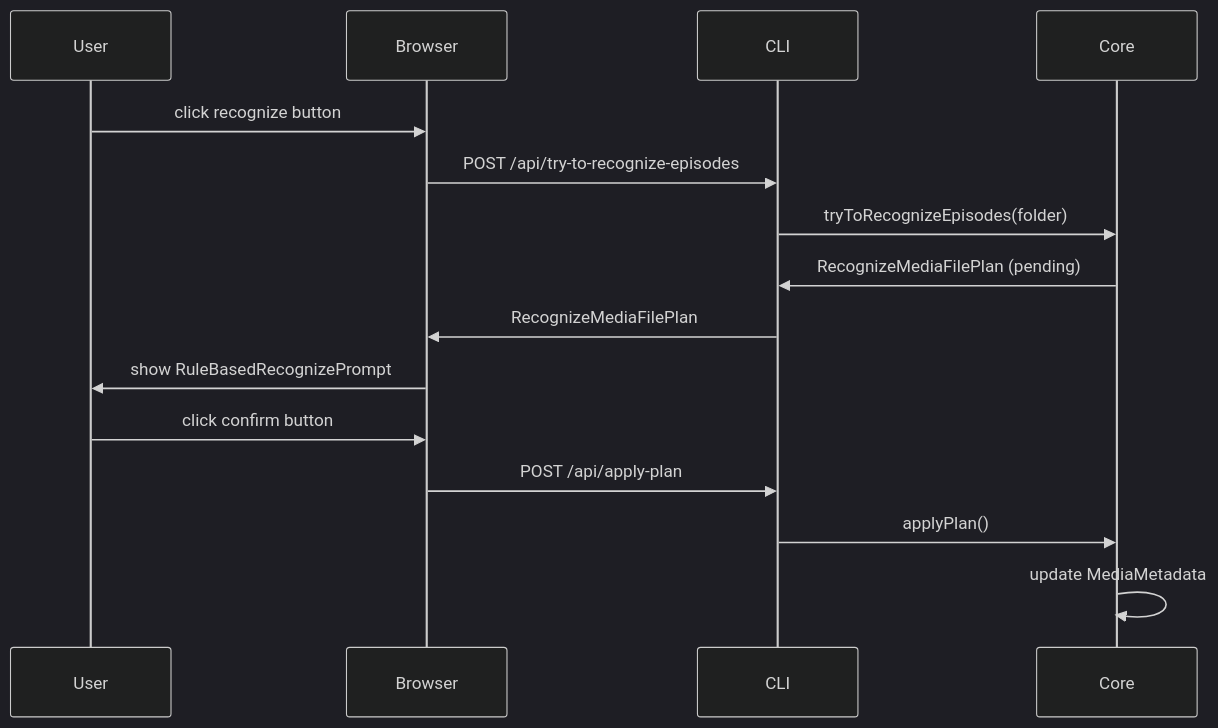
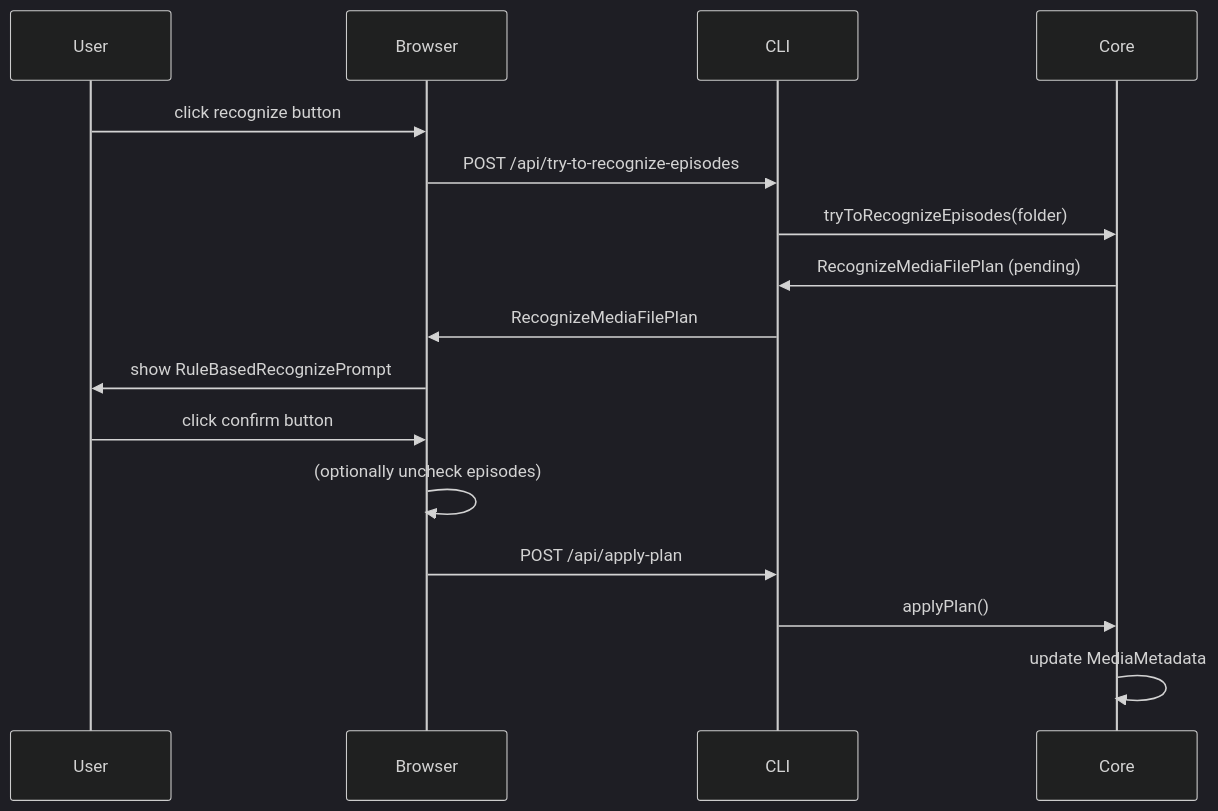
Before and after one commit to lawrenceching/SMM: the second of 2 diagrams in docs/dev/recognize-episodes.md, drawn with Mermaid (dark theme). The commit also changed other lines of this file and 24 other files, not shown here.

````diff
--- a/docs/dev/recognize-episodes.md
+++ b/docs/dev/recognize-episodes.md
@@ -34,18 +34,19 @@
 ```mermaid
 sequenceDiagram
   participant User
   participant Browser
   participant CLI
   participant Core
 
   User->>Browser: click recognize button
   Browser->>CLI: POST /api/try-to-recognize-episodes
   CLI->>Core: tryToRecognizeEpisodes(folder)
   Core->>CLI: RecognizeMediaFilePlan (pending)
   CLI->>Browser: RecognizeMediaFilePlan
   Browser->>User: show RuleBasedRecognizePrompt
   User->>Browser: click confirm button
+  Browser->>Browser: (optionally uncheck episodes)
   Browser->>CLI: POST /api/apply-plan
   CLI->>Core: applyPlan()
   Core->>Core: update MediaMetadata
 ```
````
